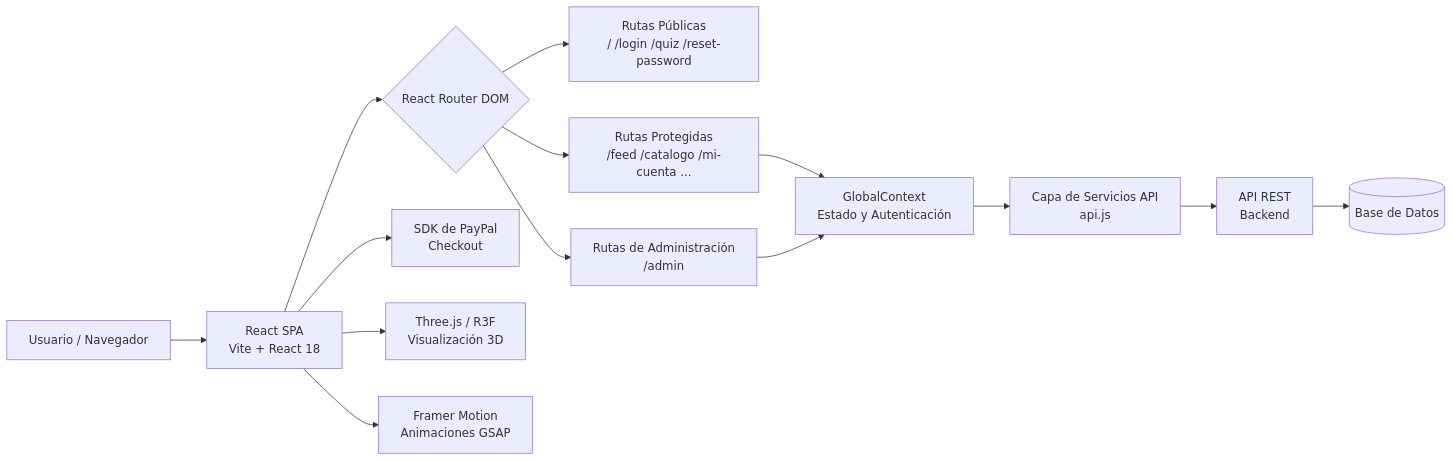
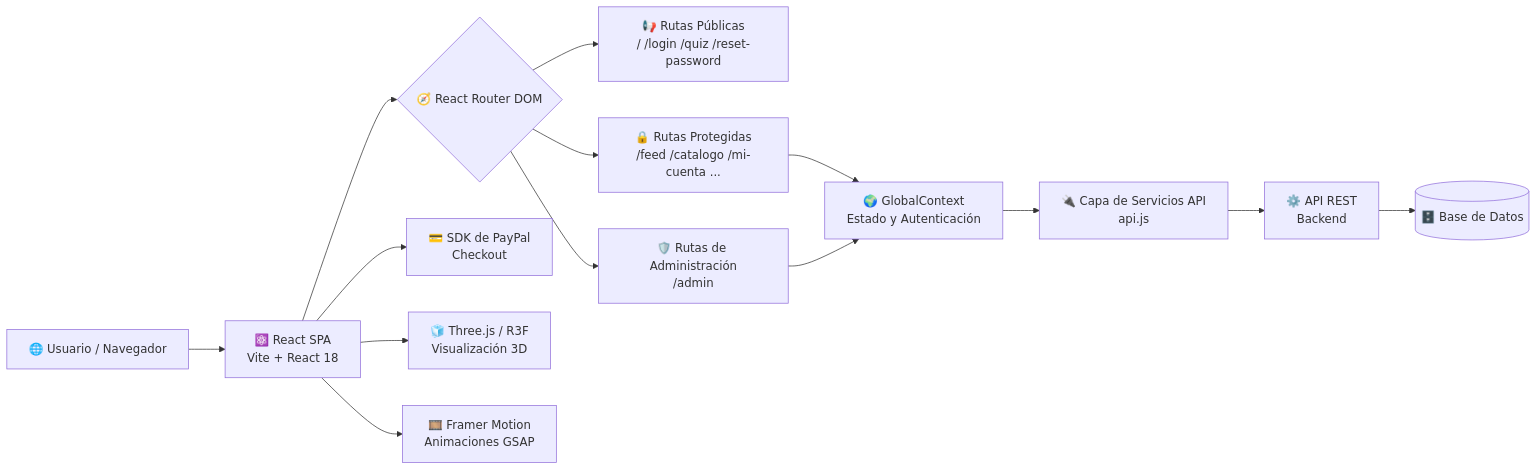
One commit to ZahirAndres/tu_selva_urbana changed the diagram in README.md. Above: the diagram before and after it, drawn with Mermaid. The commit also changed other lines of this file and 6 other files, not shown here.

````diff
--- a/README.md
+++ b/README.md
@@ -84,20 +153,20 @@
 ```mermaid
 graph LR
-    A[Usuario / Navegador] --> B[React SPA\nVite + React 18]
+    A[🌐 Usuario / Navegador] --> B[⚛️ React SPA\nVite + React 18]
 
-    B --> C{React Router DOM}
-    C --> D[Rutas Públicas\n/ /login /quiz /reset-password]
-    C --> E[Rutas Protegidas\n/feed /catalogo /mi-cuenta ...]
-    C --> F[Rutas de Administración\n/admin]
+    B --> C{🧭 React Router DOM}
+    C --> D[📢 Rutas Públicas\n/ /login /quiz /reset-password]
+    C --> E[🔒 Rutas Protegidas\n/feed /catalogo /mi-cuenta ...]
+    C --> F[🛡️ Rutas de Administración\n/admin]
 
-    E --> G[GlobalContext\nEstado y Autenticación]
+    E --> G[🌍 GlobalContext\nEstado y Autenticación]
     F --> G
 
-    G --> H[Capa de Servicios API\napi.js]
-    H --> I[API REST\nBackend]
-    I --> J[(Base de Datos)]
+    G --> H[🔌 Capa de Servicios API\napi.js]
+    H --> I[⚙️ API REST\nBackend]
+    I --> J[(🗄️ Base de Datos)]
 
-    B --> K[SDK de PayPal\nCheckout]
-    B --> L[Three.js / R3F\nVisualización 3D]
-    B --> M[Framer Motion\nAnimaciones GSAP]
+    B --> K[💳 SDK de PayPal\nCheckout]
+    B --> L[🧊 Three.js / R3F\nVisualización 3D]
+    B --> M[🎞️ Framer Motion\nAnimaciones GSAP]
 ```
````
